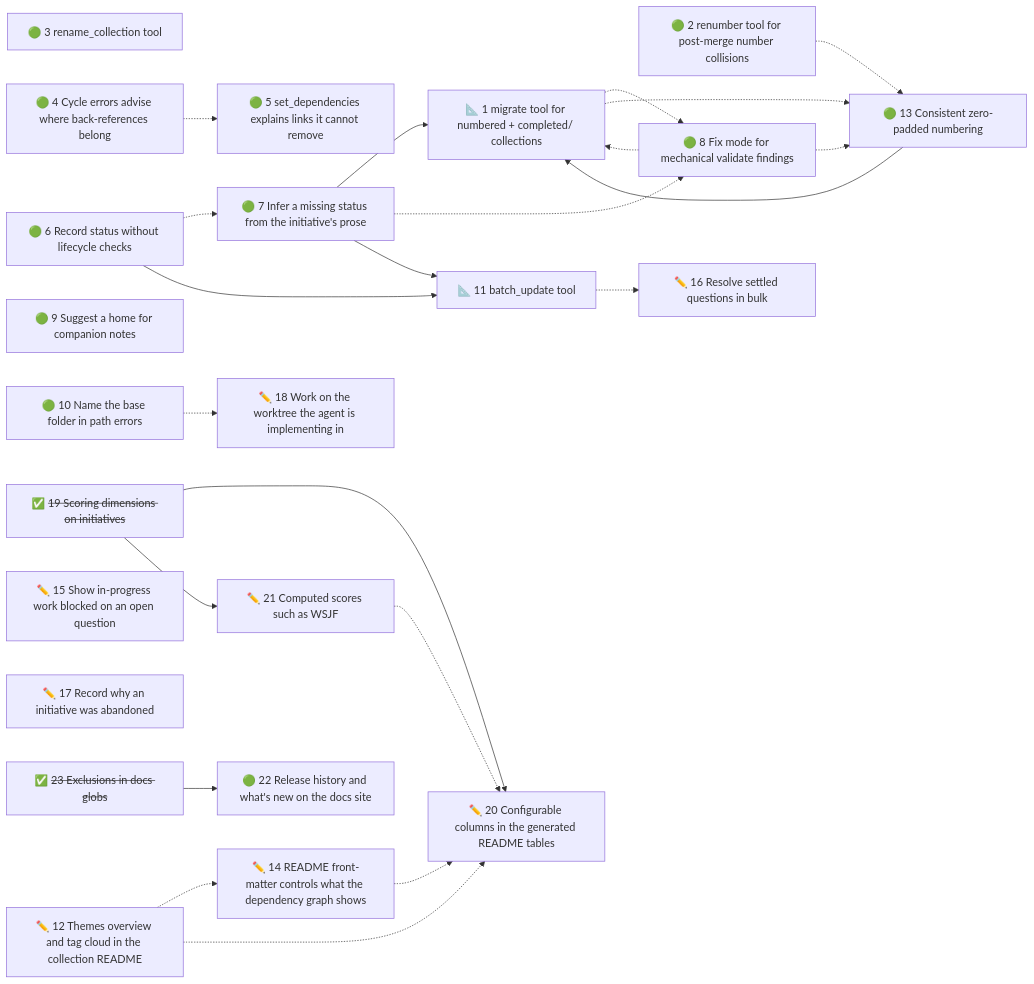
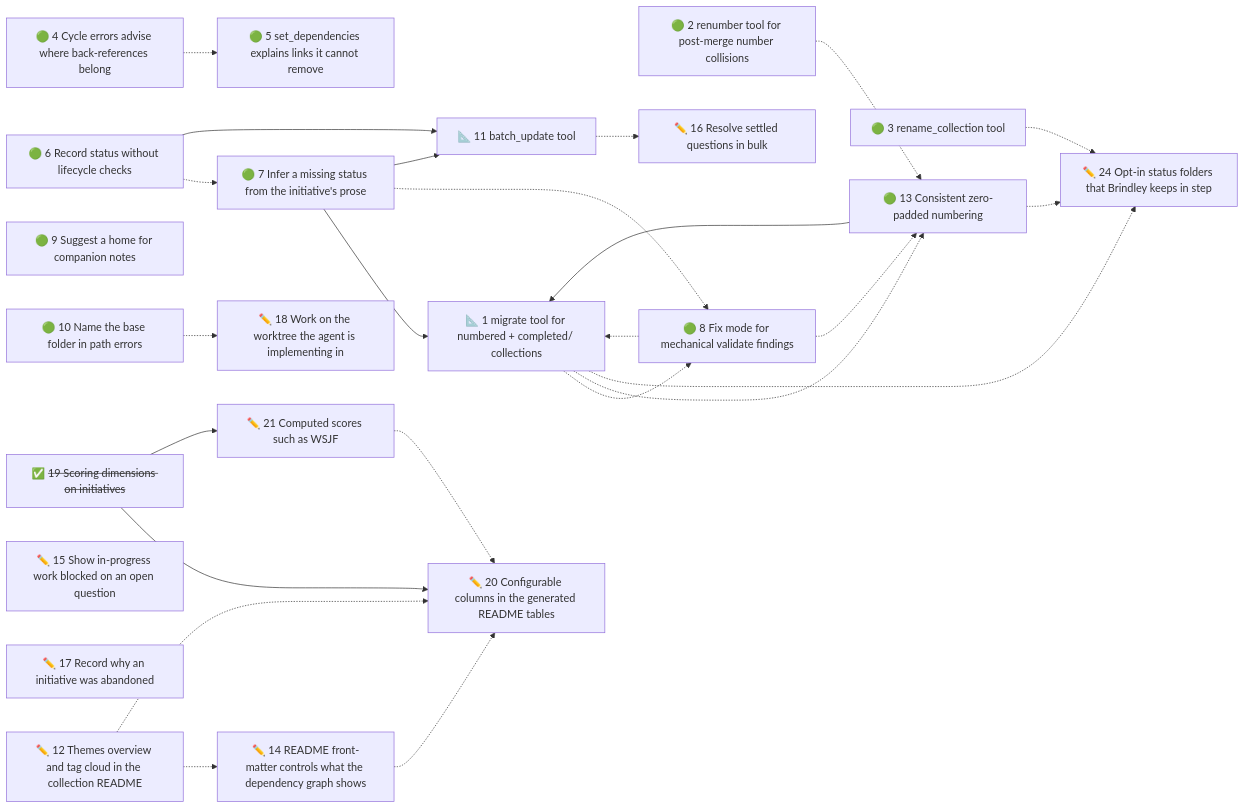
One commit to duckAsteroid/brindley changed the diagram in initiatives/README.md. Above: the diagram before and after it, drawn with Mermaid. The commit also changed other lines of this file and 10 other files, not shown here.

First line of the commit message:
feat: release history on the docs site and in GitHub Release notes

````diff
--- a/initiatives/README.md
+++ b/initiatives/README.md
@@ -47,47 +47,48 @@
 ```mermaid
 flowchart LR
   n1["📐 1 migrate tool for numbered + completed/ collections"]
   n2["🟢 2 renumber tool for post-merge number collisions"]
   n3["🟢 3 rename_collection tool"]
   n4["🟢 4 Cycle errors advise where back-references belong"]
   n5["🟢 5 set_dependencies explains links it cannot remove"]
   n6["🟢 6 Record status without lifecycle checks"]
   n7["🟢 7 Infer a missing status from the initiative's prose"]
   n8["🟢 8 Fix mode for mechanical validate findings"]
   n9["🟢 9 Suggest a home for companion notes"]
   n10["🟢 10 Name the base folder in path errors"]
   n11["📐 11 batch_update tool"]
   n12["✏️ 12 Themes overview and tag cloud in the collection README"]
   n13["🟢 13 Consistent zero-padded numbering"]
   n14["✏️ 14 README front-matter controls what the dependency graph shows"]
   n15["✏️ 15 Show in-progress work blocked on an open question"]
   n16["✏️ 16 Resolve settled questions in bulk"]
   n17["✏️ 17 Record why an initiative was abandoned"]
   n18["✏️ 18 Work on the worktree the agent is implementing in"]
   n20["✏️ 20 Configurable columns in the generated README tables"]
   n21["✏️ 21 Computed scores such as WSJF"]
-  n22["🟢 22 Release history and what's new on the docs site"]
+  n24["✏️ 24 Opt-in status folders that Brindley keeps in step"]
   n19["✅ <s>19 Scoring dimensions on initiatives</s>"]
-  n23["✅ <s>23 Exclusions in docs globs</s>"]
   n7 --> n1
   n13 --> n1
   n8 -.-> n1
   n4 -.-> n5
   n6 -.-> n7
   n7 -.-> n8
   n1 -.-> n8
   n6 --> n11
   n7 --> n11
   n1 -.-> n13
   n2 -.-> n13
   n8 -.-> n13
   n12 -.-> n14
   n11 -.-> n16
   n10 -.-> n18
   n19 --> n20
   n12 -.-> n20
   n14 -.-> n20
   n21 -.-> n20
   n19 --> n21
-  n23 --> n22
+  n13 -.-> n24
+  n3 -.-> n24
+  n1 -.-> n24
 ```
````
